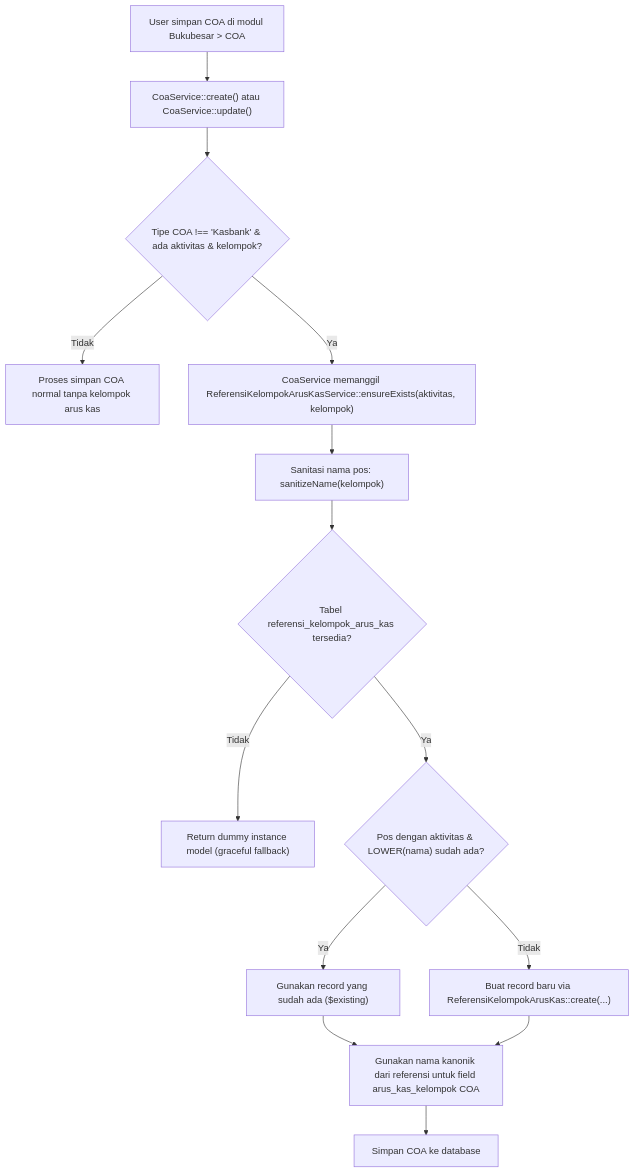
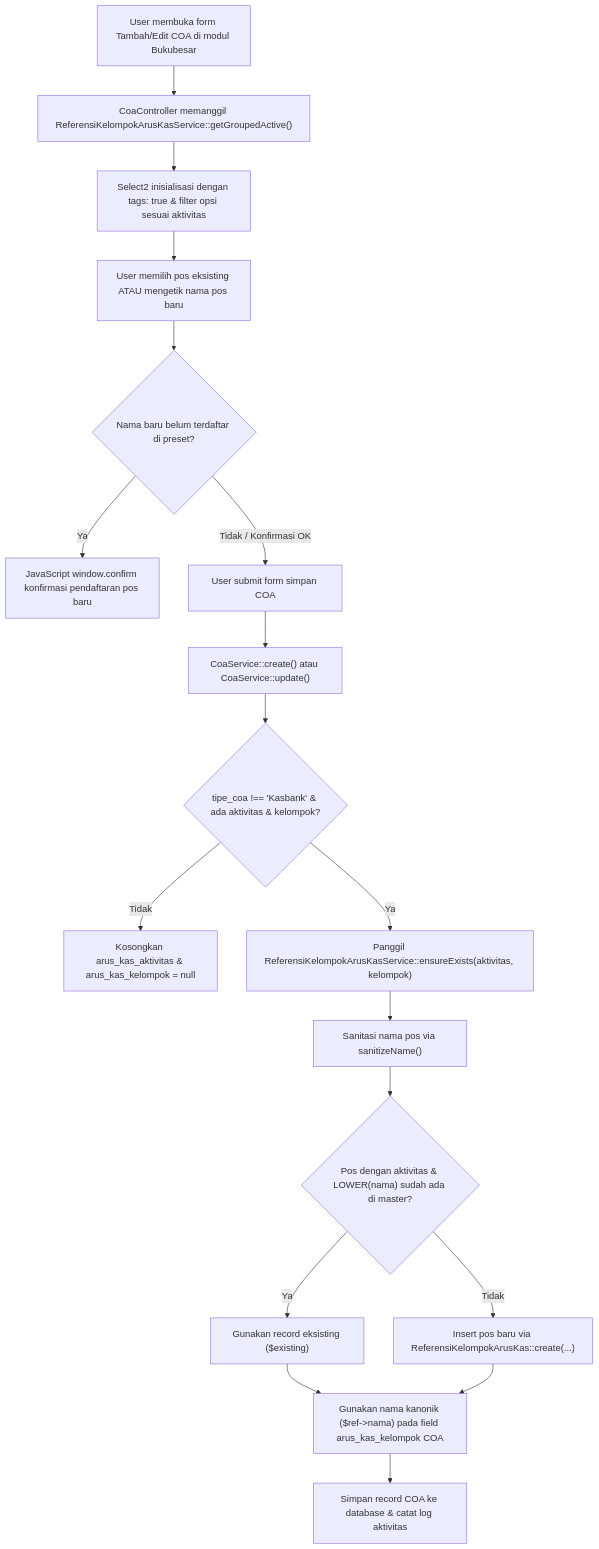
One commit to AltamaSidoarjo/laravel-siakurat-pt-smt changed the sixth of 6 diagrams in dokumentasi/pengaturan-referensi-kelompok-arus-kas.md. Above: the diagram before and after it, drawn with Mermaid. The commit also changed other lines of this file and 1 other file, not shown here.

Commit message:
docs(arus-kas): update documentation for pengaturan arus kas and referensi kelompok arus kas

````diff
--- a/dokumentasi/pengaturan-referensi-kelompok-arus-kas.md
+++ b/dokumentasi/pengaturan-referensi-kelompok-arus-kas.md
@@ -260,16 +320,20 @@
 ```mermaid
 flowchart TD
-    A["User simpan COA di modul Bukubesar > COA"] --> B["CoaService::create() atau CoaService::update()"]
-    B --> C{"Tipe COA !== 'Kasbank' & ada aktivitas & kelompok?"}
-    C -- Tidak --> D["Proses simpan COA normal tanpa kelompok arus kas"]
-    C -- Ya --> E["CoaService memanggil ReferensiKelompokArusKasService::ensureExists(aktivitas, kelompok)"]
-    E --> F["Sanitasi nama pos: sanitizeName(kelompok)"]
-    F --> G{"Tabel referensi_kelompok_arus_kas tersedia?"}
-    G -- Tidak --> H["Return dummy instance model (graceful fallback)"]
-    G -- Ya --> I{"Pos dengan aktivitas & LOWER(nama) sudah ada?"}
-    I -- Ya --> J["Gunakan record yang sudah ada ($existing)"]
-    I -- Tidak --> K["Buat record baru via ReferensiKelompokArusKas::create(...)"]
-    J --> L["Gunakan nama kanonik dari referensi untuk field arus_kas_kelompok COA"]
-    K --> L
-    L --> M["Simpan COA ke database"]
+    A["User membuka form Tambah/Edit COA di modul Bukubesar"] --> B["CoaController memanggil ReferensiKelompokArusKasService::getGroupedActive()"]
+    B --> C["Select2 inisialisasi dengan tags: true & filter opsi sesuai aktivitas"]
+    C --> D["User memilih pos eksisting ATAU mengetik nama pos baru"]
+    D --> E{"Nama baru belum terdaftar di preset?"}
+    E -- Ya --> F["JavaScript window.confirm konfirmasi pendaftaran pos baru"]
+    E -- Tidak / Konfirmasi OK --> G["User submit form simpan COA"]
+    G --> H["CoaService::create() atau CoaService::update()"]
+    H --> I{"tipe_coa !== 'Kasbank' & ada aktivitas & kelompok?"}
+    I -- Tidak --> J["Kosongkan arus_kas_aktivitas & arus_kas_kelompok = null"]
+    I -- Ya --> K["Panggil ReferensiKelompokArusKasService::ensureExists(aktivitas, kelompok)"]
+    K --> L["Sanitasi nama pos via sanitizeName()"]
+    L --> M{"Pos dengan aktivitas & LOWER(nama) sudah ada di master?"}
+    M -- Ya --> N["Gunakan record eksisting ($existing)"]
+    M -- Tidak --> O["Insert pos baru via ReferensiKelompokArusKas::create(...)"]
+    N --> P["Gunakan nama kanonik ($ref->nama) pada field arus_kas_kelompok COA"]
+    O --> P
+    P --> Q["Simpan record COA ke database & catat log aktivitas"]
 ```
````
